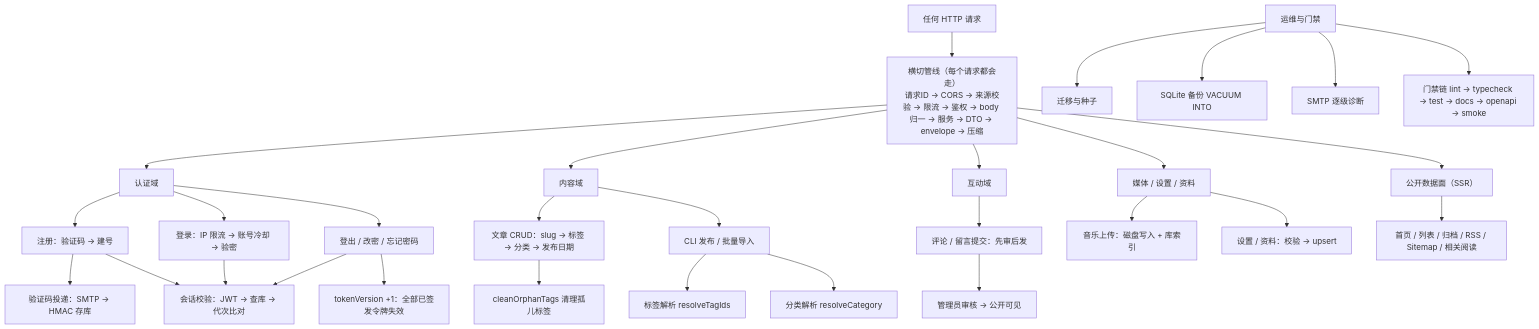
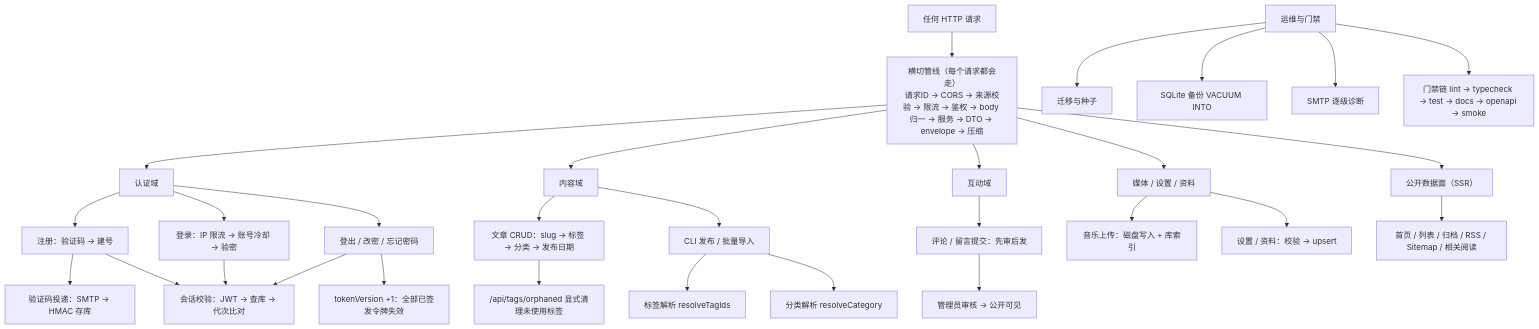
Before and after one commit to 5335737347/blog: diagram 20 of 21 in docs/backend-map.md, drawn with Mermaid. The commit also changed other lines of this file and 16 other files, not shown here.

````diff
--- a/docs/backend-map.md
+++ b/docs/backend-map.md
@@ -824,38 +823,38 @@
 ```mermaid
 flowchart TD
   Req["任何 HTTP 请求"] --> Pipe["横切管线（每个请求都会走）<br/>请求ID → CORS → 来源校验 → 限流 → 鉴权 → body 归一 → 服务 → DTO → envelope → 压缩"]
 
   Pipe --> Auth["认证域"]
   Pipe --> Content["内容域"]
   Pipe --> Interact["互动域"]
   Pipe --> Misc["媒体 / 设置 / 资料"]
   Pipe --> Pub["公开数据面（SSR）"]
 
   Auth --> A1["注册：验证码 → 建号"]
   Auth --> A2["登录：IP 限流 → 账号冷却 → 验密"]
   Auth --> A3["登出 / 改密 / 忘记密码"]
   A3 --> A4["tokenVersion +1：全部已签发令牌失效"]
   A1 --> A5["验证码投递：SMTP → HMAC 存库"]
   A1 --> Sess["会话校验：JWT → 查库 → 代次比对"]
   A2 --> Sess
   A3 --> Sess
 
   Content --> C1["文章 CRUD：slug → 标签 → 分类 → 发布日期"]
   Content --> C2["CLI 发布 / 批量导入"]
   C2 --> C3["标签解析 resolveTagIds"]
   C2 --> C4["分类解析 resolveCategory"]
-  C1 --> C5["cleanOrphanTags 清理孤儿标签"]
+  C1 --> C5["/api/tags/orphaned 显式清理未使用标签"]
 
   Interact --> I1["评论 / 留言提交：先审后发"]
   I1 --> I2["管理员审核 → 公开可见"]
 
   Misc --> M1["音乐上传：磁盘写入 + 库索引"]
   Misc --> M2["设置 / 资料：校验 → upsert"]
 
   Pub --> P1["首页 / 列表 / 归档 / RSS / Sitemap / 相关阅读"]
 
   Ops["运维与门禁"] --> O1["迁移与种子"]
   Ops --> O2["SQLite 备份 VACUUM INTO"]
   Ops --> O3["SMTP 逐级诊断"]
   Ops --> O4["门禁链 lint → typecheck → test → docs → openapi → smoke"]
 ```
````
